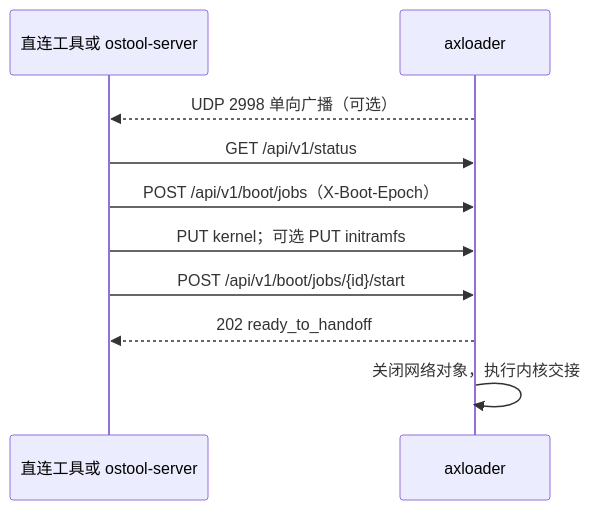
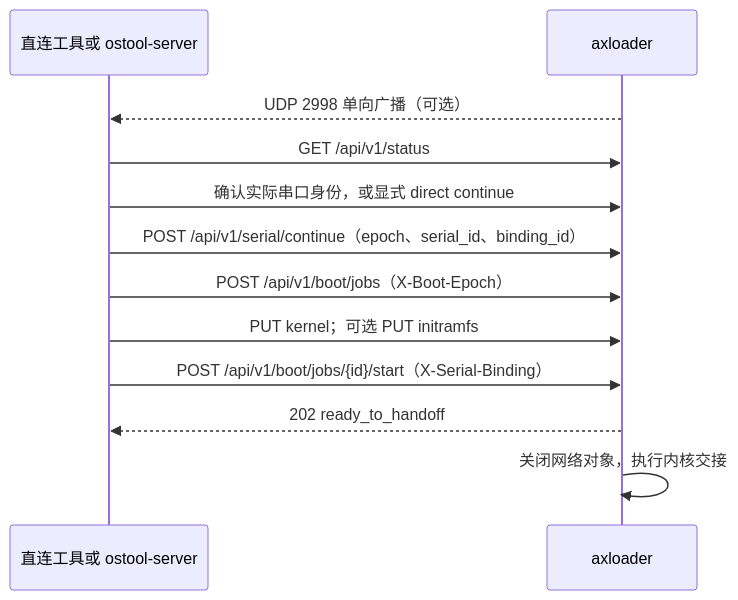
Before and after one commit to rcore-os/tgoskits: the first of 2 diagrams in bootloader/axloader/README.md, drawn with Mermaid. The commit also changed other lines of this file and 16 other files, not shown here.

First line of the commit message:
feat(axloader): automate serial binding for network boots (#2585)

````diff
--- a/bootloader/axloader/README.md
+++ b/bootloader/axloader/README.md
@@ -51,12 +58,14 @@
 ```mermaid
 sequenceDiagram
     participant C as 直连工具或 ostool-server
     participant L as axloader
     L-->>C: UDP 2998 单向广播（可选）
     C->>L: GET /api/v1/status
+    C->>L: 确认实际串口身份，或显式 direct continue
+    C->>L: POST /api/v1/serial/continue（epoch、serial_id、binding_id）
     C->>L: POST /api/v1/boot/jobs（X-Boot-Epoch）
     C->>L: PUT kernel；可选 PUT initramfs
-    C->>L: POST /api/v1/boot/jobs/{id}/start
+    C->>L: POST /api/v1/boot/jobs/{id}/start（X-Serial-Binding）
     L-->>C: 202 ready_to_handoff
     L->>L: 关闭网络对象，执行内核交接
 ```
````
